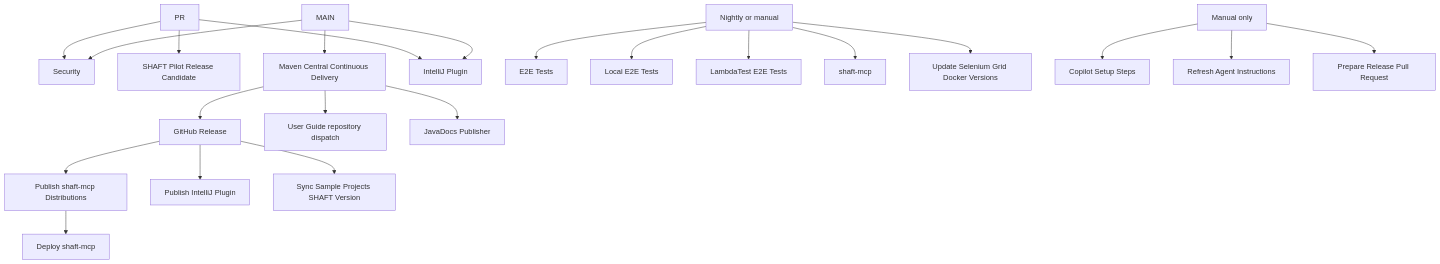
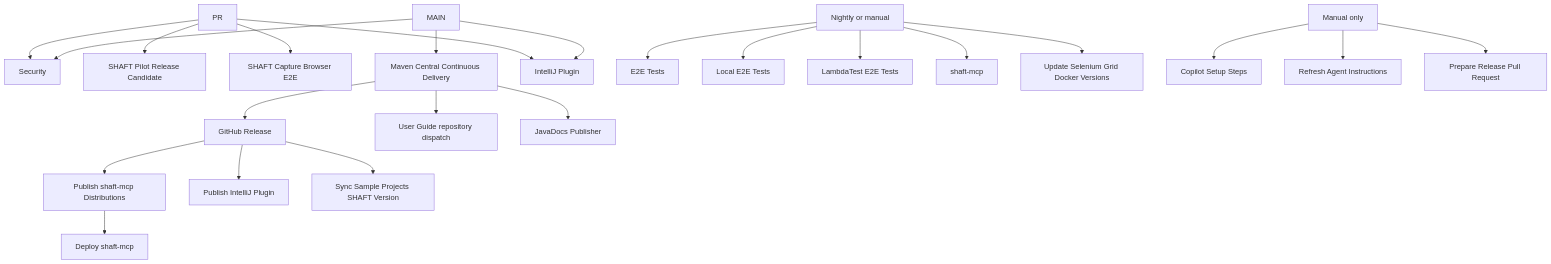
One commit to ShaftHQ/SHAFT_ENGINE changed the diagram in .github/workflows/README.md. Above: the diagram before and after it, drawn with Mermaid. The commit also changed other lines of this file and 1 other file, not shown here.

First line of the commit message:
Add PR-triggered browser E2E coverage for shaft-capture (#3386)

````diff
--- a/.github/workflows/README.md
+++ b/.github/workflows/README.md
@@ -8,28 +8,29 @@
 ```mermaid
 flowchart TD
   PR --> SEC["Security"]
   PR --> PILOT["SHAFT Pilot Release Candidate"]
+  PR --> CAPTURE_E2E["SHAFT Capture Browser E2E"]
 
   MAIN --> SEC
   MAIN --> CD["Maven Central Continuous Delivery"]
   PR --> IDEA["IntelliJ Plugin"]
   MAIN --> IDEA
 
   CD --> REL["GitHub Release"]
   CD --> DOCS["User Guide repository dispatch"]
   CD --> JAVADOCS["JavaDocs Publisher"]
   REL --> MCP_PUBLISH["Publish shaft-mcp Distributions"]
   REL --> IDEA_PUBLISH["Publish IntelliJ Plugin"]
   MCP_PUBLISH --> MCP_DEPLOY["Deploy shaft-mcp"]
   REL --> SAMPLES["Sync Sample Projects SHAFT Version"]
 
   NIGHTLY["Nightly or manual"] --> E2E["E2E Tests"]
   NIGHTLY --> LOCAL_E2E["Local E2E Tests"]
   NIGHTLY --> LT["LambdaTest E2E Tests"]
   NIGHTLY --> MCP_TEST["shaft-mcp"]
   NIGHTLY --> GRID["Update Selenium Grid Docker Versions"]
 
   MANUAL["Manual only"] --> COPILOT["Copilot Setup Steps"]
   MANUAL --> AGENTS["Refresh Agent Instructions"]
   MANUAL --> RELEASE_PR["Prepare Release Pull Request"]
 ```
````
